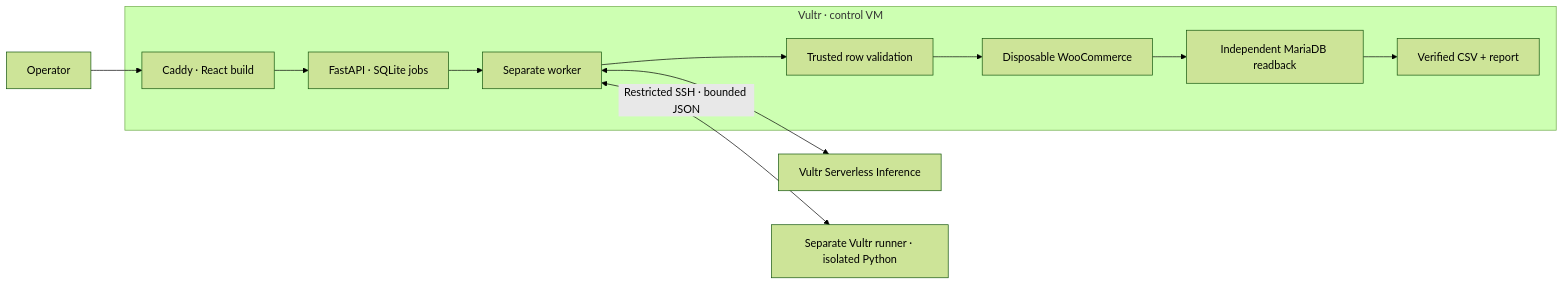
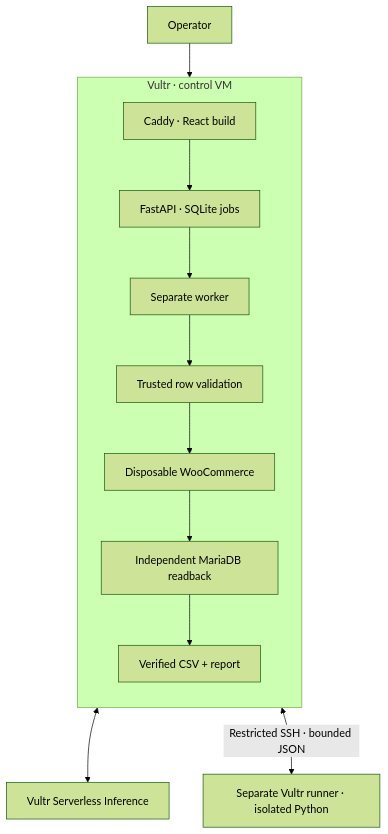
The diagram in README.md (Asembris/ShelfReady), drawn with Mermaid (forest theme) before and after one commit.

Commit message:
Arrange the architecture diagram vertically

````diff
--- a/README.md
+++ b/README.md
@@ -106,14 +106,15 @@
 ```mermaid
-flowchart LR
+flowchart TB
   Operator["Operator"] --> HTTPS
   subgraph Control["Vultr · control VM"]
+    direction TB
     HTTPS["Caddy · React build"] --> API["FastAPI · SQLite jobs"]
     API --> Worker["Separate worker"]
     Worker --> Validate["Trusted row validation"]
     Validate --> Store["Disposable WooCommerce"]
     Store --> SQL["Independent MariaDB readback"]
     SQL --> Export["Verified CSV + report"]
   end
   Worker <--> Inference["Vultr Serverless Inference"]
   Worker <-->|"Restricted SSH · bounded JSON"| Runner["Separate Vultr runner · isolated Python"]
 ```
````
